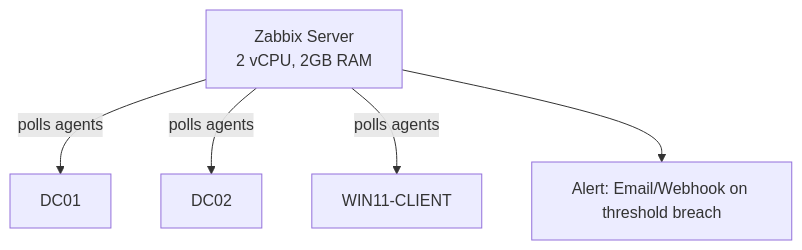
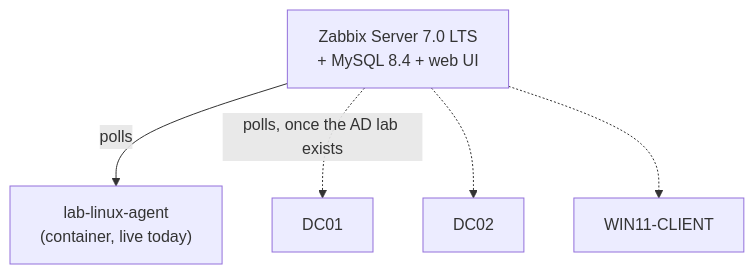
Before and after one commit to EbubeNnaemeka/infra-monitoring-lab: the diagram in README.md, drawn with Mermaid. The commit also changed other lines of this file and 6 other files, not shown here.

Commit message:
Run stack end to end: fix MySQL 8 schema init, add API config script, record outage test

````diff
--- a/README.md
+++ b/README.md
@@ -7,7 +7,7 @@
 ```mermaid
 graph TD
-    Z["Zabbix Server<br/>2 vCPU, 2GB RAM"] -->|polls agents| DC1[DC01]
-    Z -->|polls agents| DC2[DC02]
-    Z -->|polls agents| CLIENT[WIN11-CLIENT]
-    Z --> ALERT["Alert: Email/Webhook on threshold breach"]
+    Z["Zabbix Server 7.0 LTS<br/>+ MySQL 8.4 + web UI"] -->|polls| A["lab-linux-agent<br/>(container, live today)"]
+    Z -.->|polls, once the AD lab exists| DC1[DC01]
+    Z -.-> DC2[DC02]
+    Z -.-> CLIENT[WIN11-CLIENT]
 ```
````
